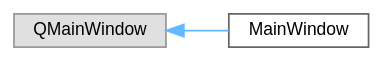
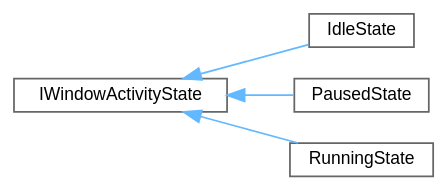
One commit to wwerniss/algorithms-benchmark changed the diagram in inherit_graph_20.dot. Above: the diagram before and after it, drawn with Graphviz. The commit also changed 296 other files, not shown here.

```diff
--- a/inherit_graph_20.dot
+++ b/inherit_graph_20.dot
@@ -1,11 +1,15 @@
 digraph "Graphical Class Hierarchy"
 {
  // LATEX_PDF_SIZE
   bgcolor="transparent";
   edge [fontname=Helvetica,fontsize=10,labelfontname=Helvetica,labelfontsize=10];
   node [fontname=Helvetica,fontsize=10,shape=box,height=0.2,width=0.4];
   rankdir="LR";
-  Node0 [id="Node000000",label="QMainWindow",height=0.2,width=0.4,color="grey60", fillcolor="#E0E0E0", style="filled",tooltip=" "];
-  Node0 -> Node1 [id="edge29_Node000000_Node000001",dir="back",color="steelblue1",style="solid",tooltip=" "];
-  Node1 [id="Node000001",label="MainWindow",height=0.2,width=0.4,color="grey40", fillcolor="white", style="filled",URL="$classMainWindow.html",tooltip=" "];
+  Node0 [id="Node000000",label="IWindowActivityState",height=0.2,width=0.4,color="grey40", fillcolor="white", style="filled",URL="$classIWindowActivityState.html",tooltip="Interface for the State design pattern applied to SortingWindow."];
+  Node0 -> Node1 [id="edge25_Node000000_Node000001",dir="back",color="steelblue1",style="solid",tooltip=" "];
+  Node1 [id="Node000001",label="IdleState",height=0.2,width=0.4,color="grey40", fillcolor="white", style="filled",URL="$classIdleState.html",tooltip="Represents the base state where no algorithm is actively running or paused."];
+  Node0 -> Node2 [id="edge26_Node000000_Node000002",dir="back",color="steelblue1",style="solid",tooltip=" "];
+  Node2 [id="Node000002",label="PausedState",height=0.2,width=0.4,color="grey40", fillcolor="white", style="filled",URL="$classPausedState.html",tooltip="Represents the state where the algorithm has paused mid-execution."];
+  Node0 -> Node3 [id="edge27_Node000000_Node000003",dir="back",color="steelblue1",style="solid",tooltip=" "];
+  Node3 [id="Node000003",label="RunningState",height=0.2,width=0.4,color="grey40", fillcolor="white", style="filled",URL="$classRunningState.html",tooltip="Represents the state where the sorting animation is actively playing."];
 }
```
